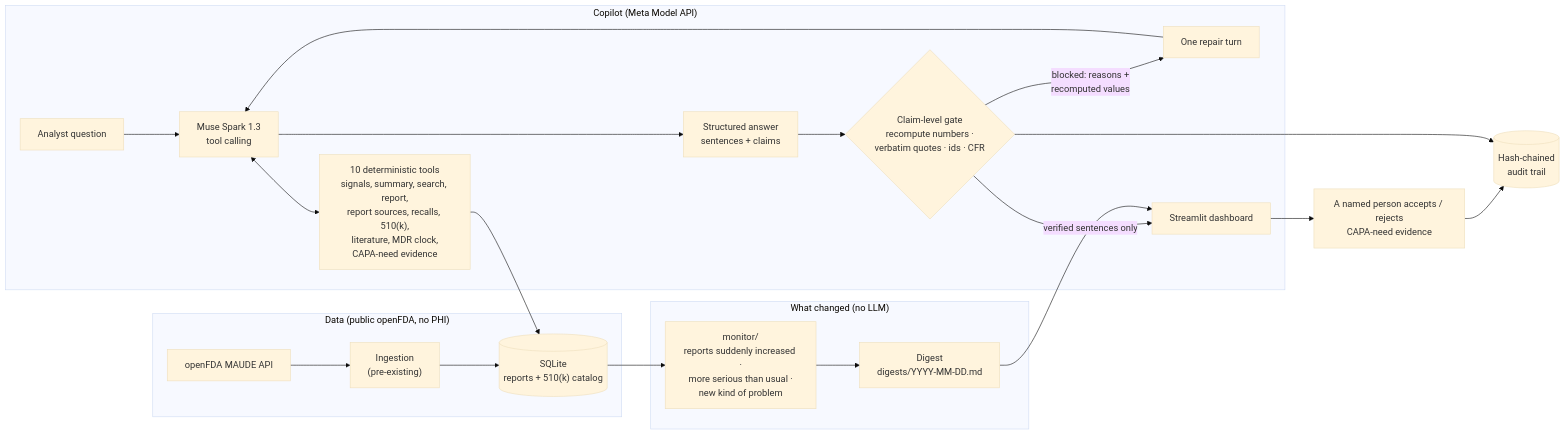
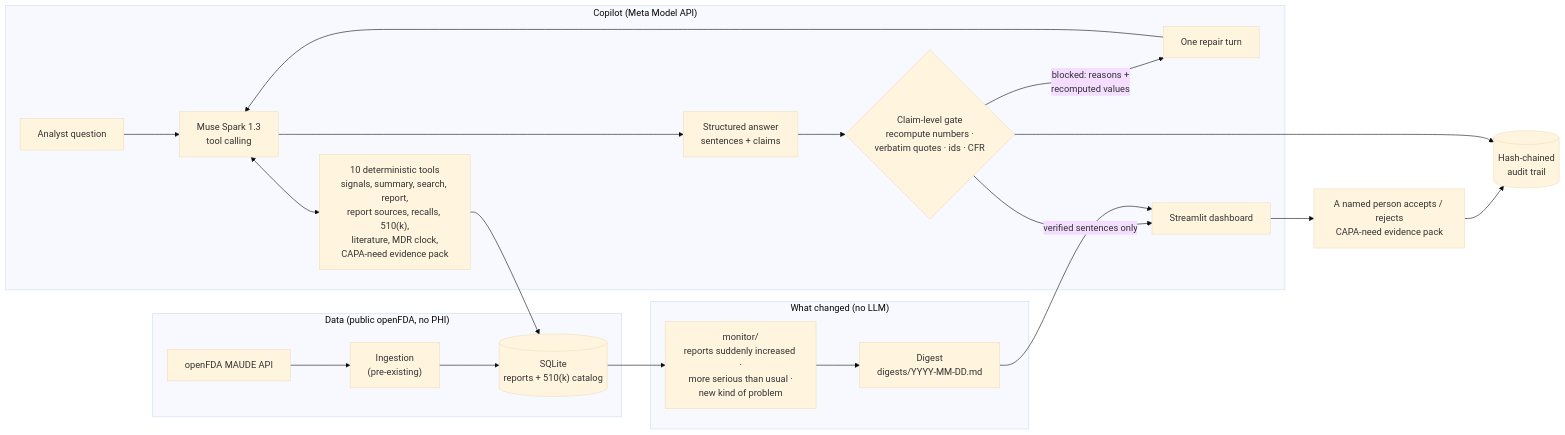
Before and after one commit to kondapallysaicharan63-bot/maudesignal: the diagram in README.md, drawn with Mermaid (base theme). The commit also changed other lines of this file and 31 other files, not shown here.

First line of the commit message:
wording: "CAPA-need evidence pack"; device types you choose, never "similar devices"

````diff
--- a/README.md
+++ b/README.md
@@ -143,28 +144,28 @@
 ```mermaid
 flowchart LR
     subgraph data["Data (public openFDA, no PHI)"]
         FDA["openFDA MAUDE API"] --> ING["Ingestion<br/>(pre-existing)"]
         ING --> DB[("SQLite<br/>reports + 510(k) catalog")]
     end
 
     subgraph changes["What changed (no LLM)"]
         DB --> MON["monitor/<br/>reports suddenly increased ·<br/>more serious than usual ·<br/>new kind of problem"]
         MON --> DIG["Digest<br/>digests/YYYY-MM-DD.md"]
     end
 
     subgraph copilot["Copilot (Meta Model API)"]
         Q["Analyst question"] --> SPARK["Muse Spark 1.3<br/>tool calling"]
-        SPARK <--> TOOLS["10 deterministic tools<br/>signals, summary, search, report,<br/>report sources, recalls, 510(k),<br/>literature, MDR clock,<br/>CAPA-need evidence"]
+        SPARK <--> TOOLS["10 deterministic tools<br/>signals, summary, search, report,<br/>report sources, recalls, 510(k),<br/>literature, MDR clock,<br/>CAPA-need evidence pack"]
         TOOLS --> DB
         SPARK --> ANS["Structured answer<br/>sentences + claims"]
         ANS --> GATE{"Claim-level gate<br/>recompute numbers ·<br/>verbatim quotes · ids · CFR"}
         GATE -- "blocked: reasons +<br/>recomputed values" --> REPAIR["One repair turn"]
         REPAIR --> SPARK
         GATE -- "verified sentences only" --> UI["Streamlit dashboard"]
     end
 
     DIG --> UI
-    UI --> ACT["A named person accepts / rejects<br/>CAPA-need evidence"]
+    UI --> ACT["A named person accepts / rejects<br/>CAPA-need evidence pack"]
     ACT --> AUDIT[("Hash-chained<br/>audit trail")]
     GATE --> AUDIT
 ```
````
